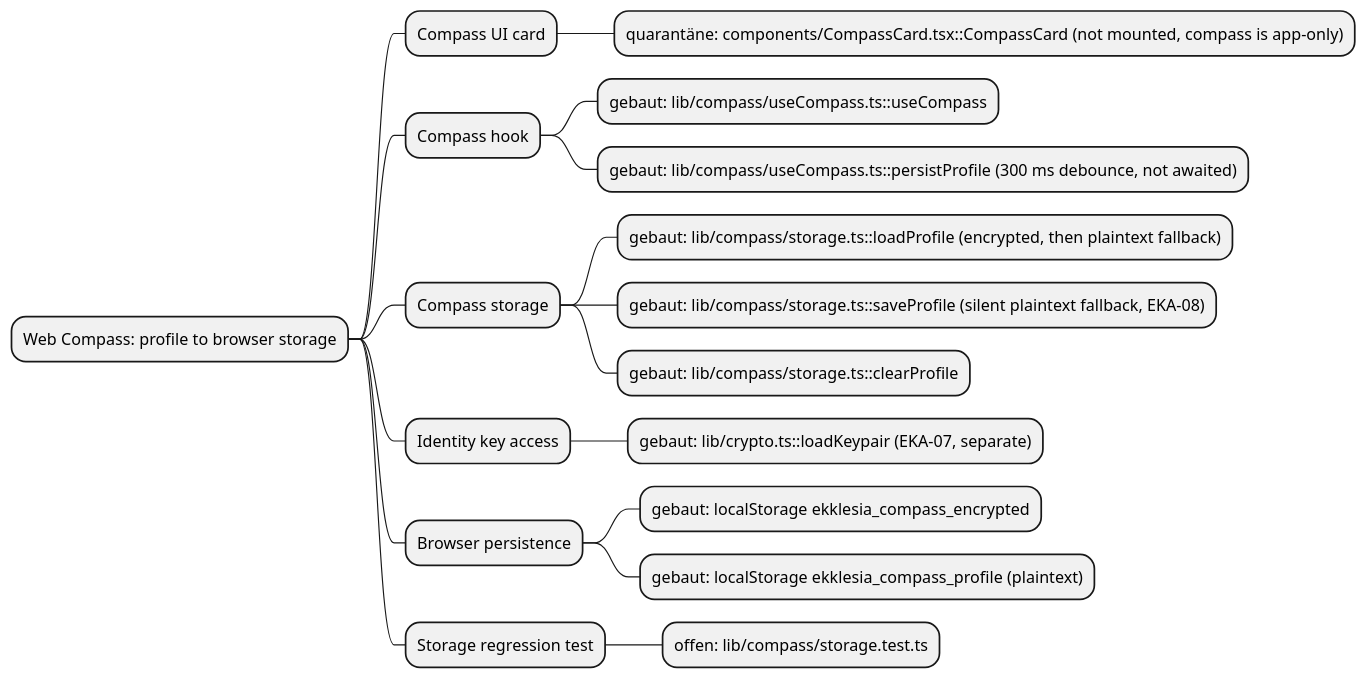
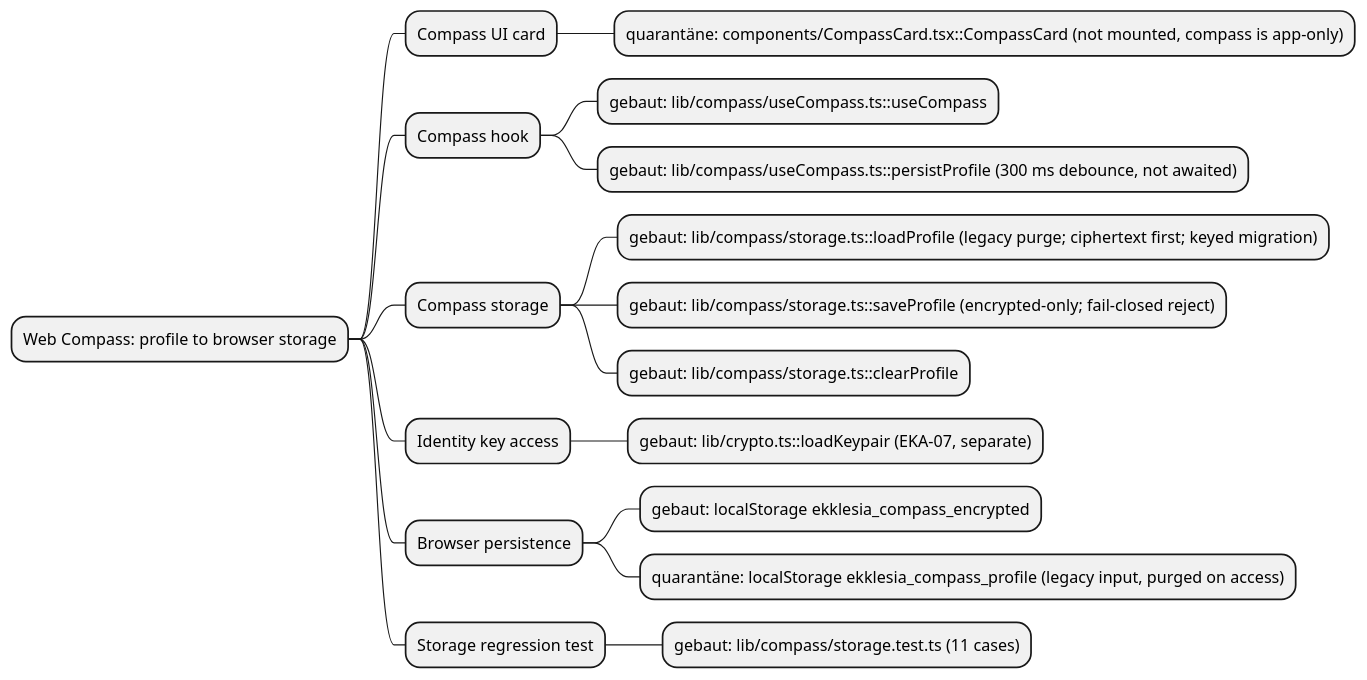
Before and after one commit to NeaBouli/pnyx: the third of 4 diagrams in docs/architecture/map.puml, drawn with PlantUML. The commit also changed other lines of this file and 2 other files, not shown here.

Commit message:
docs(architecture): record EKA-08 fail-closed state (T-488)

```diff
--- a/docs/architecture/map.puml
+++ b/docs/architecture/map.puml
@@ -53,20 +53,20 @@
 @startmindmap
-' EKA-08 — Web Compass Privacy Storage (base 4cc1193), appended; EKA-18 diagrams above unchanged
+' EKA-08 — Web Compass Privacy Storage after T-488; EKA-18 diagrams above unchanged
 * Web Compass: profile to browser storage
 ** Compass UI card
 *** quarantäne: components/CompassCard.tsx::CompassCard (not mounted, compass is app-only)
 ** Compass hook
 *** gebaut: lib/compass/useCompass.ts::useCompass
 *** gebaut: lib/compass/useCompass.ts::persistProfile (300 ms debounce, not awaited)
 ** Compass storage
-*** gebaut: lib/compass/storage.ts::loadProfile (encrypted, then plaintext fallback)
-*** gebaut: lib/compass/storage.ts::saveProfile (silent plaintext fallback, EKA-08)
+*** gebaut: lib/compass/storage.ts::loadProfile (legacy purge; ciphertext first; keyed migration)
+*** gebaut: lib/compass/storage.ts::saveProfile (encrypted-only; fail-closed reject)
 *** gebaut: lib/compass/storage.ts::clearProfile
 ** Identity key access
 *** gebaut: lib/crypto.ts::loadKeypair (EKA-07, separate)
 ** Browser persistence
 *** gebaut: localStorage ekklesia_compass_encrypted
-*** gebaut: localStorage ekklesia_compass_profile (plaintext)
+*** quarantäne: localStorage ekklesia_compass_profile (legacy input, purged on access)
 ** Storage regression test
-*** offen: lib/compass/storage.test.ts
+*** gebaut: lib/compass/storage.test.ts (11 cases)
 @endmindmap
```
